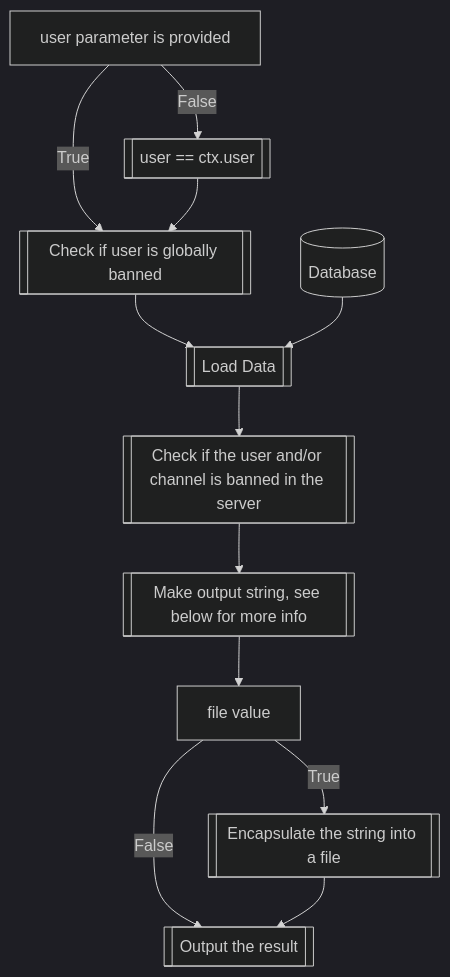
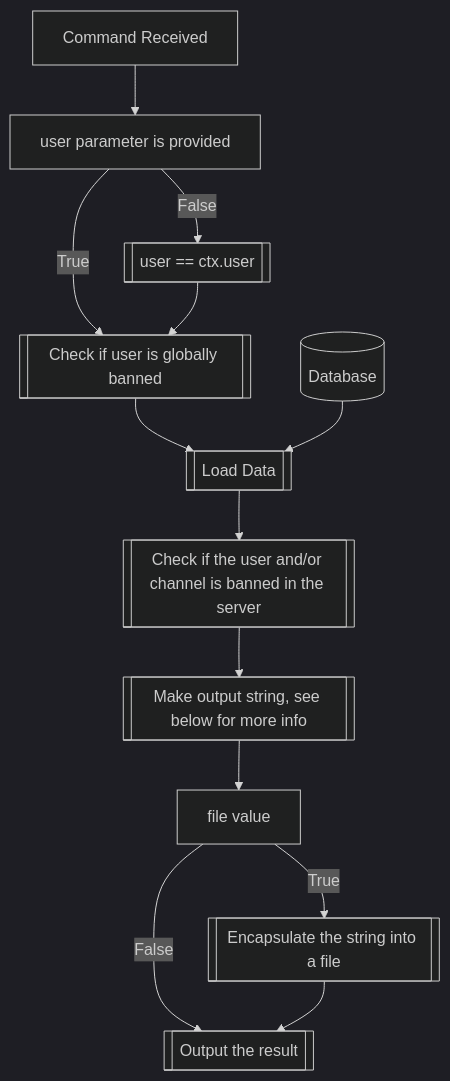
The diagram in docs/commands/transformation/export_tf.md (dorythecat/TransforMate), drawn with Mermaid (dark theme) before and after one commit. The commit also changed 6 other files, not shown here.

Commit message:
Made command documentation flow graphs better

````diff
--- a/docs/commands/transformation/export_tf.md
+++ b/docs/commands/transformation/export_tf.md
@@ -19,15 +19,15 @@
 ```mermaid
 flowchart TD
-    CheckUser[user parameter is provided]
+    CommandReceived[Command Received] --> CheckUser[user parameter is provided]
     CheckUser --> |False| AssignUser[[user == ctx.user]]
     CheckUser --> |True| CheckBannedGlobal[[Check if user is globally banned]]
     AssignUser --> CheckBannedGlobal
     CheckBannedGlobal --> LoadData[[Load Data]]
     Database[(Database)] --> LoadData
     LoadData --> CheckBanned[[Check if the user and/or channel is banned in the server]]
     CheckBanned --> PrepareString[[Make output string, see below for more info]]
     PrepareString --> CheckFile[file value]
     CheckFile --> |False| Output[[Output the result]]
     CheckFile --> |True| PrepareFile[[Encapsulate the string into a file]]
     PrepareFile --> Output
 ```
````
